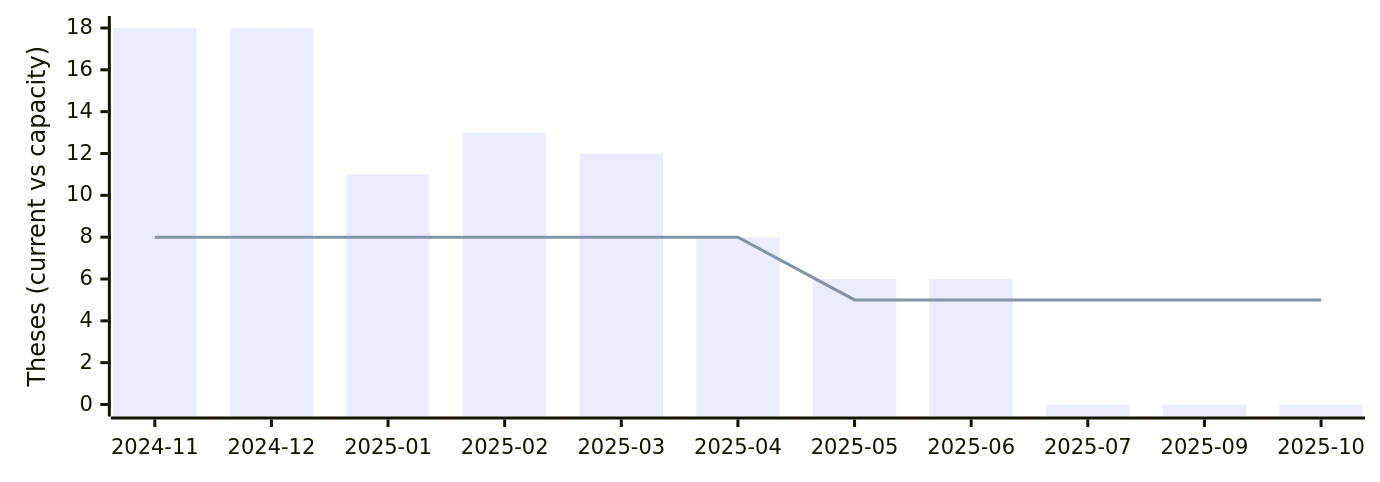
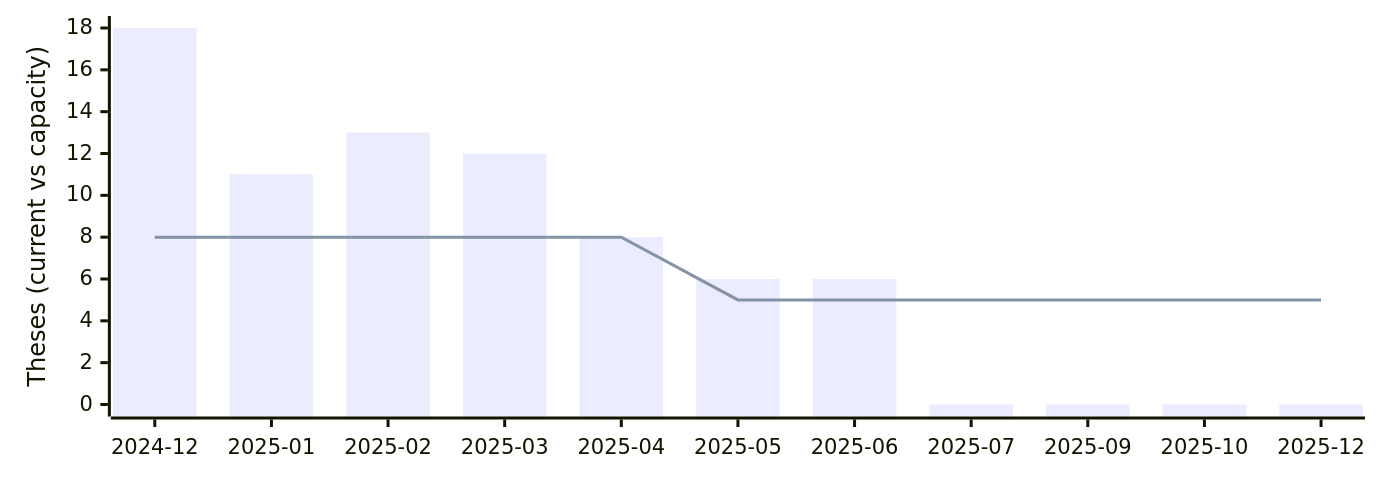
Before and after one commit to digital-work-lab/theses: the diagram in _includes/availability.md, drawn with Mermaid.

Commit message:
Update availability chart

````diff
--- a/_includes/availability.md
+++ b/_includes/availability.md
@@ -2,13 +2,13 @@
 ```mermaid
 ---
 config:
     xyChart:
         width: 900
         height: 300
 ---
 xychart-beta
-    x-axis [2024-11, 2024-12, 2025-01, 2025-02, 2025-03, 2025-04, 2025-05, 2025-06, 2025-07, 2025-09, 2025-10]
+    x-axis [2024-12, 2025-01, 2025-02, 2025-03, 2025-04, 2025-05, 2025-06, 2025-07, 2025-09, 2025-10, 2025-12]
     y-axis "Theses (current vs capacity)" 0 --> 18
-    bar [18, 18, 11, 13, 12, 8, 6, 6, 0, 0, 0]
-    line [8, 8, 8, 8, 8, 8, 5, 5, 5, 5, 5]
+    bar [18, 11, 13, 12, 8, 6, 6, 0, 0, 0, 0]
+    line [8, 8, 8, 8, 8, 5, 5, 5, 5, 5, 5]
 ```
````
